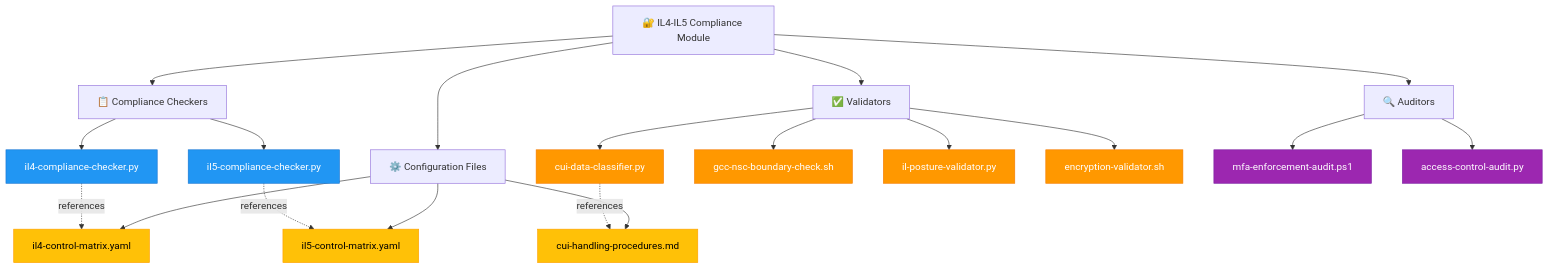
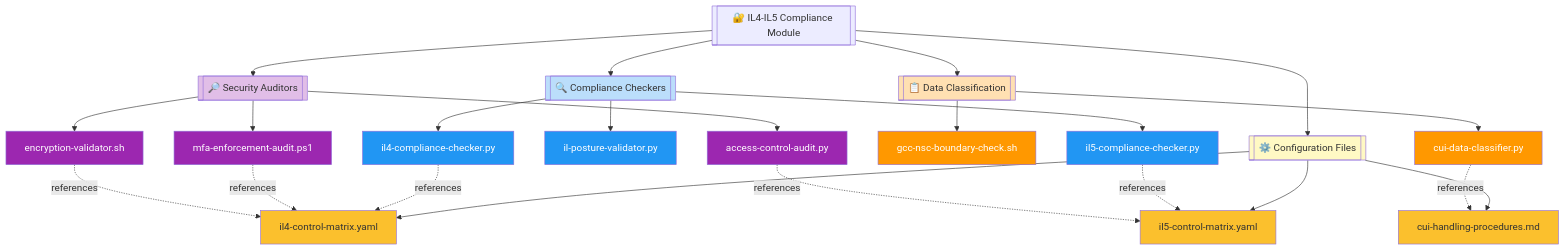
The first of 4 diagrams in security-compliance/il4-il5/README.md (Suren-Jewels/Scripts-Toolkit), drawn with Mermaid before and after one commit. The commit also changed other lines of this file, not shown here.

````diff
--- a/security-compliance/il4-il5/README.md
+++ b/security-compliance/il4-il5/README.md
@@ -57,45 +51,49 @@
 ```mermaid
 graph TD
-    Root[🔐 IL4-IL5 Compliance Module]
+    Root[[🔐 IL4-IL5 Compliance Module]]
     
-    %% Script Categories
-    Root --> Checkers[📋 Compliance Checkers]
-    Root --> Validators[✅ Validators]
-    Root --> Auditors[🔍 Auditors]
-    Root --> Config[⚙️ Configuration Files]
+    Root --> Checkers[[🔍 Compliance Checkers]]
+    Root --> Classifiers[[📋 Data Classification]]
+    Root --> Auditors[[🔎 Security Auditors]]
+    Root --> Configs[[⚙️ Configuration Files]]
     
-    %% Checkers
-    Checkers --> IL4Check[il4-compliance-checker.py]
-    Checkers --> IL5Check[il5-compliance-checker.py]
+    Checkers --> File1[il4-compliance-checker.py]
+    Checkers --> File2[il5-compliance-checker.py]
+    Checkers --> File3[il-posture-validator.py]
     
-    %% Validators
-    Validators --> CUIClass[cui-data-classifier.py]
-    Validators --> BoundCheck[gcc-nsc-boundary-check.sh]
-    Validators --> PostureVal[il-posture-validator.py]
-    Validators --> EncryptVal[encryption-validator.sh]
+    Classifiers --> File4[cui-data-classifier.py]
+    Classifiers --> File5[gcc-nsc-boundary-check.sh]
     
-    %% Auditors
-    Auditors --> MFAAudit[mfa-enforcement-audit.ps1]
-    Auditors --> AccessAudit[access-control-audit.py]
+    Auditors --> File6[mfa-enforcement-audit.ps1]
+    Auditors --> File7[encryption-validator.sh]
+    Auditors --> File8[access-control-audit.py]
     
-    %% Configuration
-    Config --> IL4Matrix[il4-control-matrix.yaml]
-    Config --> IL5Matrix[il5-control-matrix.yaml]
-    Config --> CUIProc[cui-handling-procedures.md]
+    Configs --> Config1[il4-control-matrix.yaml]
+    Configs --> Config2[il5-control-matrix.yaml]
+    Configs --> Config3[cui-handling-procedures.md]
     
-    %% Connections
-    IL4Check -.->|references| IL4Matrix
-    IL5Check -.->|references| IL5Matrix
-    CUIClass -.->|references| CUIProc
+    File1 -.references.-> Config1
+    File2 -.references.-> Config2
+    File4 -.references.-> Config3
+    File6 -.references.-> Config1
+    File7 -.references.-> Config1
+    File8 -.references.-> Config2
     
-    %% Styling
-    classDef checkerStyle fill:#2196F3,stroke:#1976D2,color:#fff
-    classDef validatorStyle fill:#FF9800,stroke:#F57C00,color:#fff
-    classDef auditorStyle fill:#9C27B0,stroke:#7B1FA2,color:#fff
-    classDef configStyle fill:#FFC107,stroke:#FFA000,color:#000
+    style Checkers fill:#BBDEFB
+    style Classifiers fill:#FFE0B2
+    style Auditors fill:#E1BEE7
+    style Configs fill:#FFF9C4
     
-    class IL4Check,IL5Check checkerStyle
-    class CUIClass,BoundCheck,PostureVal,EncryptVal validatorStyle
-    class MFAAudit,AccessAudit auditorStyle
-    class IL4Matrix,IL5Matrix,CUIProc configStyle
+    style File1 fill:#2196F3,color:#fff
+    style File2 fill:#2196F3,color:#fff
+    style File3 fill:#2196F3,color:#fff
+    style File4 fill:#FF9800,color:#fff
+    style File5 fill:#FF9800,color:#fff
+    style File6 fill:#9C27B0,color:#fff
+    style File7 fill:#9C27B0,color:#fff
+    style File8 fill:#9C27B0,color:#fff
+    
+    style Config1 fill:#FBC02D
+    style Config2 fill:#FBC02D
+    style Config3 fill:#FBC02D
 ```
````
